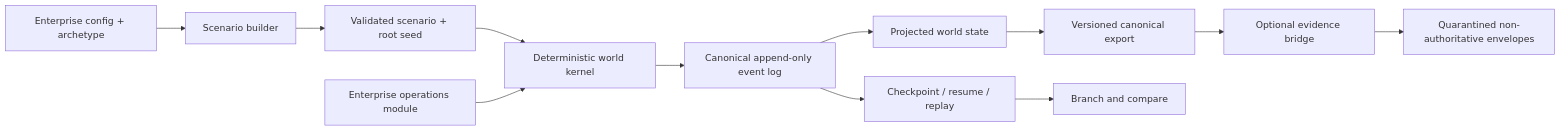
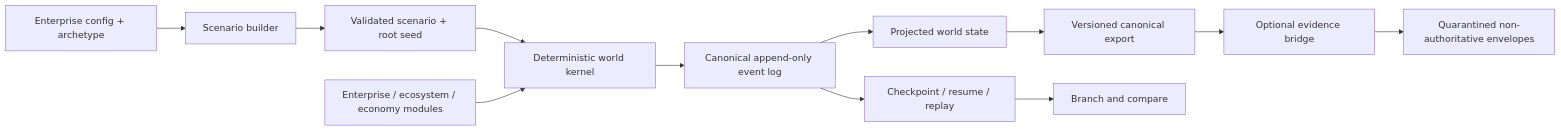
Before and after one commit to thedanieltan/aether-simulator: the diagram in README.md, drawn with Mermaid. The commit also changed other lines of this file and 45 other files, not shown here.

````diff
--- a/README.md
+++ b/README.md
@@ -77,14 +82,14 @@
 ```mermaid
 flowchart LR
   Config["Enterprise config + archetype"] --> Builder["Scenario builder"]
   Builder --> Scenario["Validated scenario + root seed"]
   Scenario --> Kernel["Deterministic world kernel"]
-  Module["Enterprise operations module"] --> Kernel
+  Modules["Enterprise / ecosystem / economy modules"] --> Kernel
   Kernel --> Events["Canonical append-only event log"]
   Events --> Projection["Projected world state"]
   Projection --> Export["Versioned canonical export"]
   Events --> Checkpoint["Checkpoint / resume / replay"]
   Checkpoint --> Branch["Branch and compare"]
   Export --> Bridge["Optional evidence bridge"]
   Bridge --> Evidence["Quarantined non-authoritative envelopes"]
 ```
````
